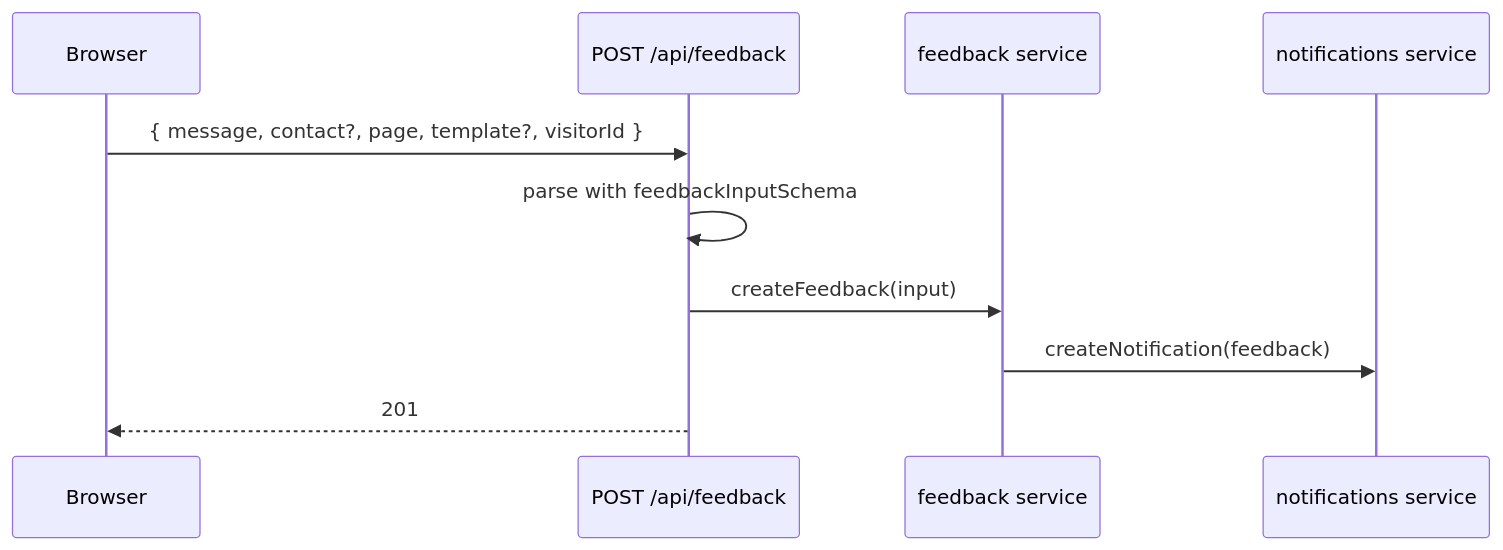
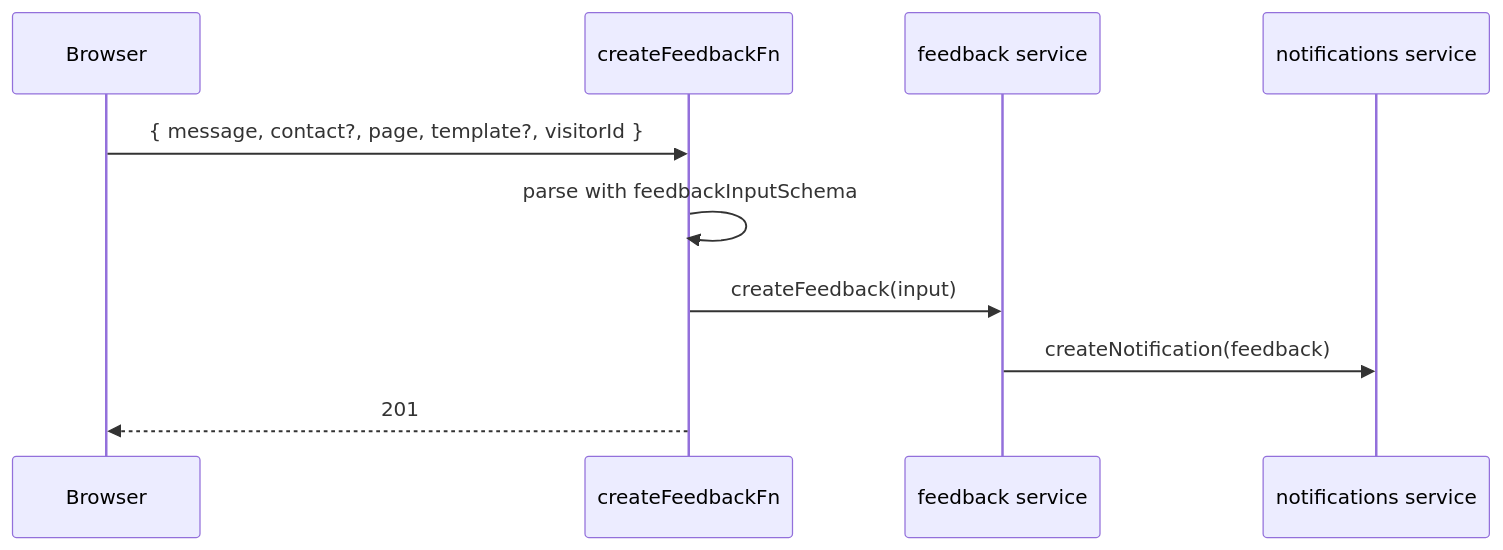
Before and after one commit to AhmedElnagarUU/Demmoss: the second of 2 diagrams in docs/features/feedback.md, drawn with Mermaid. The commit also changed other lines of this file and 20 other files, not shown here.

````diff
--- a/docs/features/feedback.md
+++ b/docs/features/feedback.md
@@ -44,12 +44,12 @@
 ```mermaid
 sequenceDiagram
   participant B as Browser
-  participant R as POST /api/feedback
+  participant R as createFeedbackFn
   participant S as feedback service
   participant N as notifications service
   B->>R: { message, contact?, page, template?, visitorId }
   R->>R: parse with feedbackInputSchema
   R->>S: createFeedback(input)
   S->>N: createNotification(feedback)
   R-->>B: 201
 ```
````
